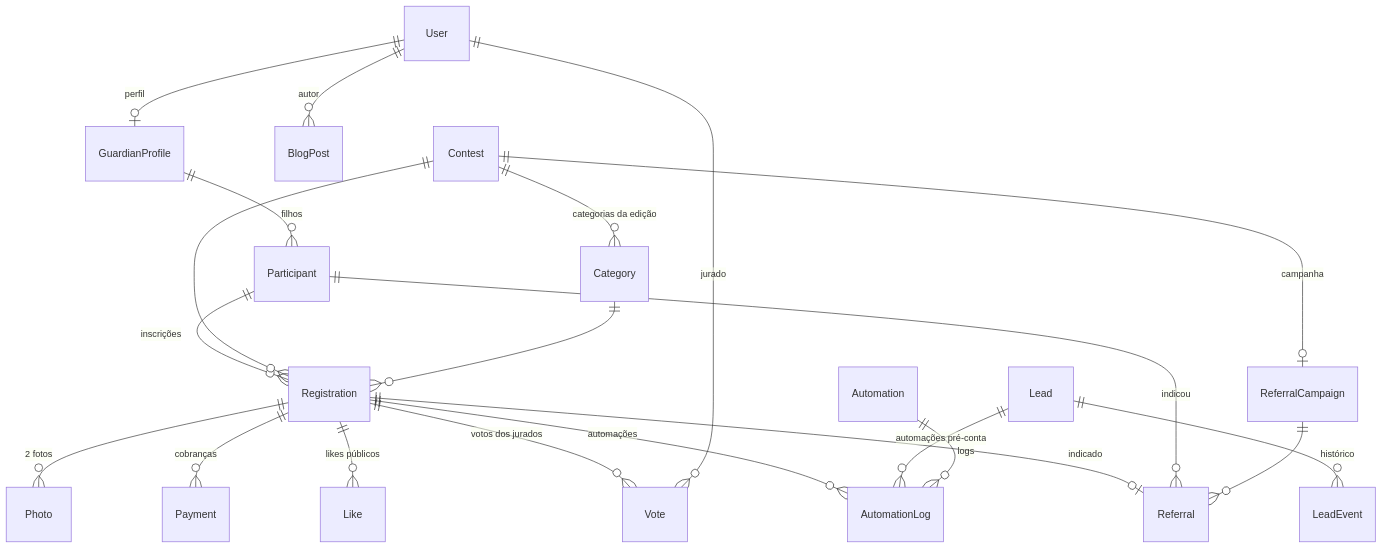
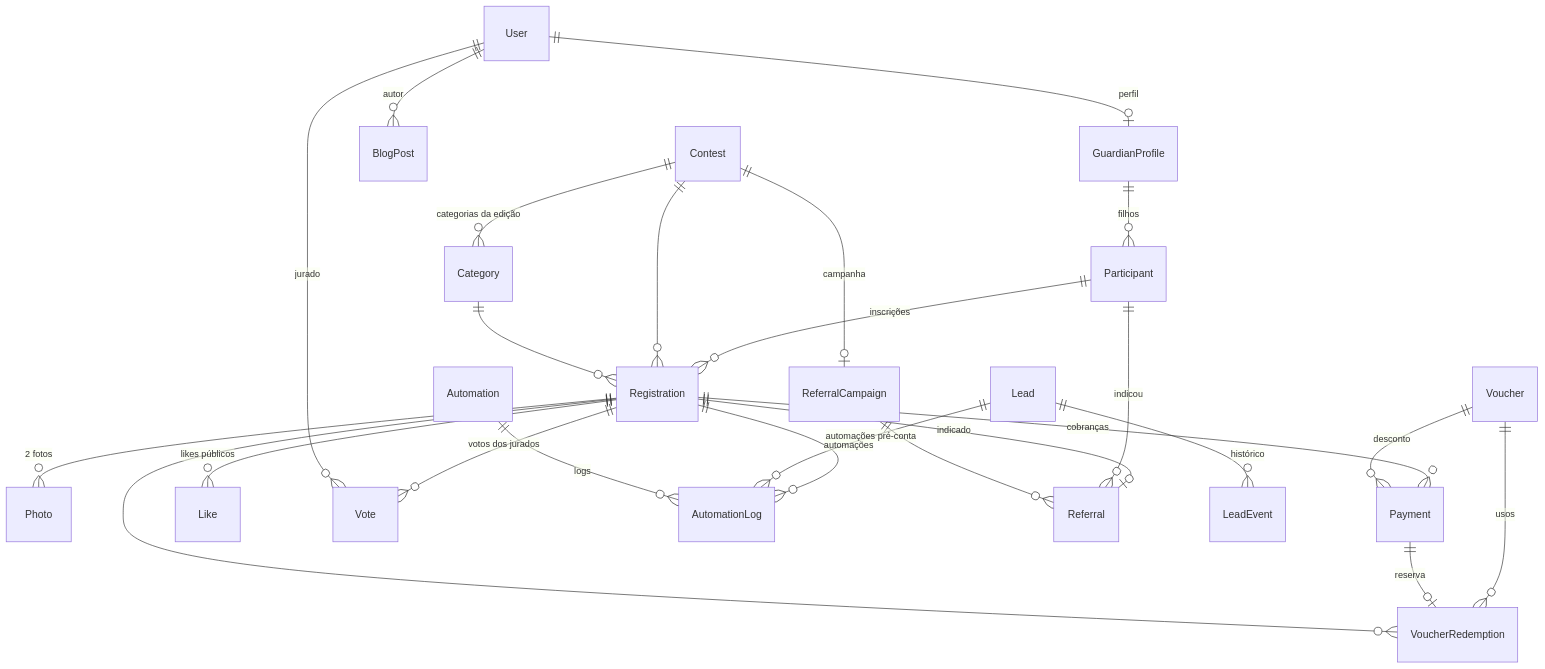
The diagram in docs/03-modelo-de-dados.md (gustavoborgs/ccmf-platform), drawn with Mermaid before and after one commit. The commit also changed other lines of this file and 23 other files, not shown here.

````diff
--- a/docs/03-modelo-de-dados.md
+++ b/docs/03-modelo-de-dados.md
@@ -7,23 +7,27 @@
 ```mermaid
 erDiagram
     User ||--o| GuardianProfile : "perfil"
     User ||--o{ BlogPost : "autor"
     GuardianProfile ||--o{ Participant : "filhos"
     Participant ||--o{ Registration : "inscrições"
     Contest ||--o{ Registration : ""
     Contest ||--o{ Category : "categorias da edição"
     Category ||--o{ Registration : ""
     Registration ||--o{ Photo : "2 fotos"
     Registration ||--o{ Payment : "cobranças"
+    Voucher ||--o{ VoucherRedemption : "usos"
+    Voucher ||--o{ Payment : "desconto"
+    Payment ||--o| VoucherRedemption : "reserva"
+    Registration ||--o{ VoucherRedemption : ""
     Registration ||--o{ Like : "likes públicos"
     Registration ||--o{ Vote : "votos dos jurados"
     Registration ||--o{ AutomationLog : "automações"
     Registration ||--o| Referral : "indicado"
     Participant ||--o{ Referral : "indicou"
     Contest ||--o| ReferralCampaign : "campanha"
     ReferralCampaign ||--o{ Referral : ""
     Lead ||--o{ AutomationLog : "automações pré-conta"
     Automation ||--o{ AutomationLog : "logs"
     User ||--o{ Vote : "jurado"
     Lead ||--o{ LeadEvent : "histórico"
 ```
````
